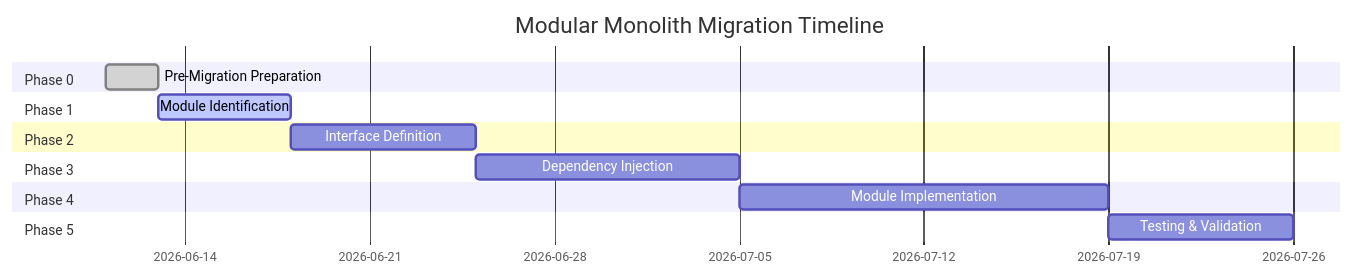
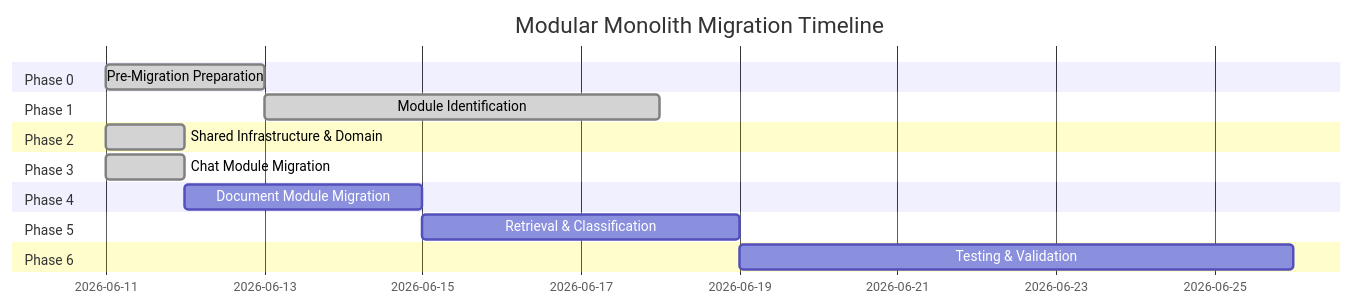
One commit to vuongngochau2004/kira changed the first of 3 diagrams in docs/modular-monolith-migration-progress.md. Above: the diagram before and after it, drawn with Mermaid. The commit also changed other lines of this file and 286 other files, not shown here.

First line of the commit message:
refactor(architecture): update system architecture and remove deprecated files

````diff
--- a/docs/modular-monolith-migration-progress.md
+++ b/docs/modular-monolith-migration-progress.md
@@ -33,17 +40,19 @@
 ```mermaid
 gantt
     title Modular Monolith Migration Timeline
     dateFormat  YYYY-MM-DD
     section Phase 0
     Pre-Migration Preparation    :done, p0, 2026-06-11, 2d
     section Phase 1
-    Module Identification         :active, p1, 2026-06-13, 5d
+    Module Identification         :done, p1, 2026-06-13, 5d
     section Phase 2
-    Interface Definition          :p2, after p1, 7d
+    Shared Infrastructure & Domain :done, p2, 2026-06-11, 1d
     section Phase 3
-    Dependency Injection          :p3, after p2, 10d
+    Chat Module Migration         :done, p3, 2026-06-11, 1d
     section Phase 4
-    Module Implementation         :p4, after p3, 14d
+    Document Module Migration      :p4, after p3, 3d
     section Phase 5
-    Testing & Validation         :p5, after p4, 7d
+    Retrieval & Classification    :p5, after p4, 4d
+    section Phase 6
+    Testing & Validation         :p6, after p5, 7d
 ```
````
